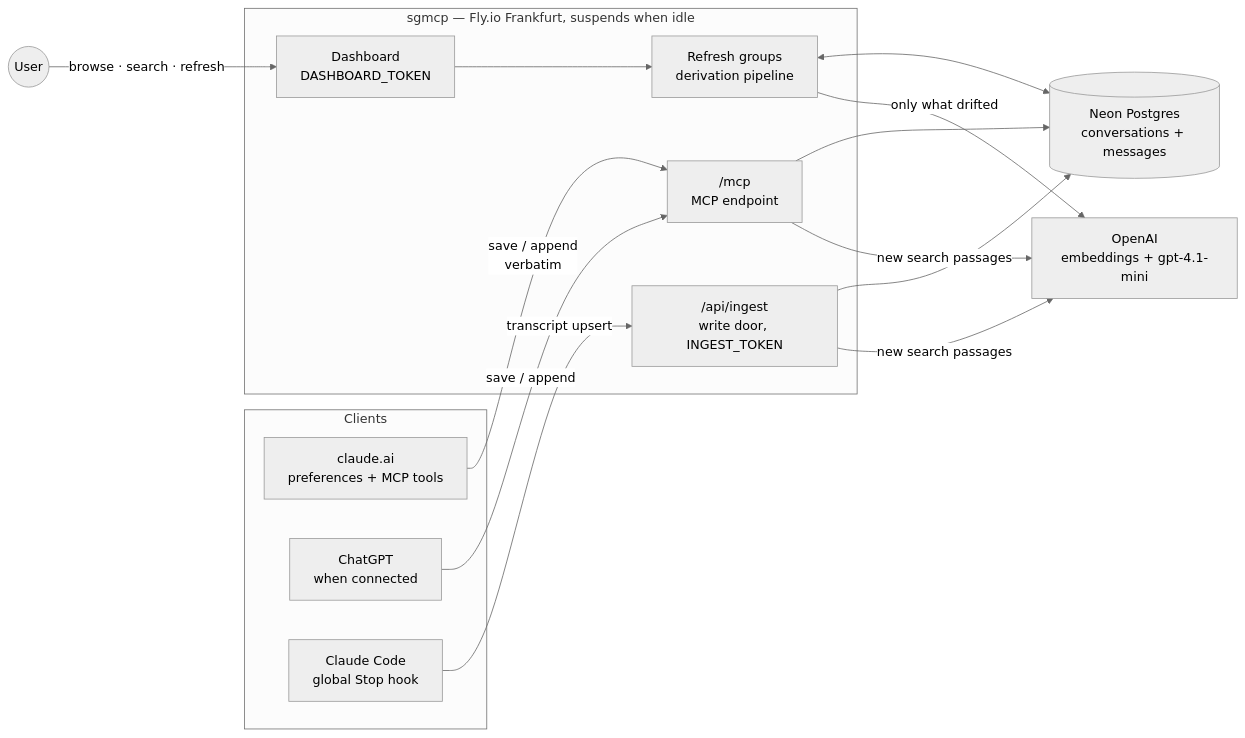
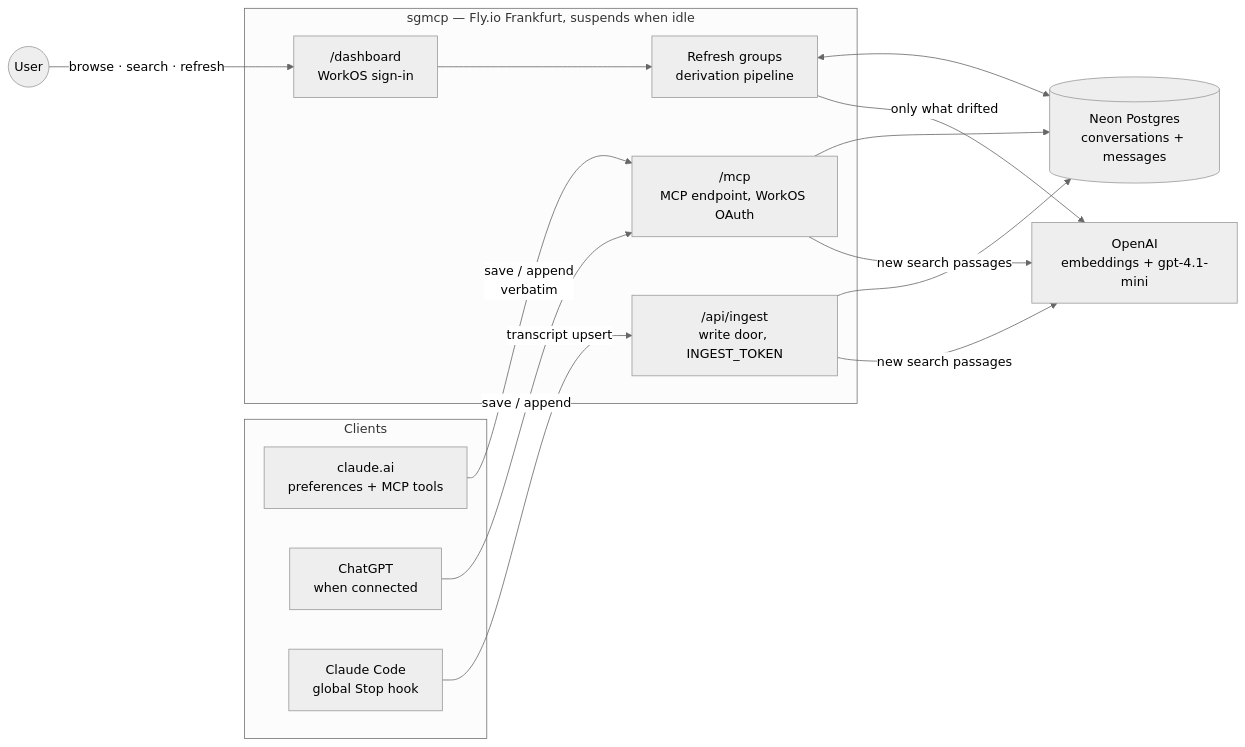
The first of 4 diagrams in ARCHITECTURE.md (seung-gu/sgmcp), drawn with Mermaid (neutral theme) before and after one commit. The commit also changed other lines of this file and 4 other files, not shown here.

````diff
--- a/ARCHITECTURE.md
+++ b/ARCHITECTURE.md
@@ -9,31 +9,31 @@
 ```mermaid
 graph LR
     subgraph clients [Clients]
         A["claude.ai<br/>preferences + MCP tools"]
         C["ChatGPT<br/>when connected"]
         B["Claude Code<br/>global Stop hook"]
     end
 
     subgraph sgmcp["sgmcp — Fly.io Frankfurt, suspends when idle"]
-        M["/mcp<br/>MCP endpoint"]
+        M["/mcp<br/>MCP endpoint, WorkOS OAuth"]
         I["/api/ingest<br/>write door, INGEST_TOKEN"]
-        D["Dashboard<br/>DASHBOARD_TOKEN"]
+        D["/dashboard<br/>WorkOS sign-in"]
         R["Refresh groups<br/>derivation pipeline"]
     end
 
     DB[("Neon Postgres<br/>conversations + messages")]
     O["OpenAI<br/>embeddings + gpt-4.1-mini"]
     U((User))
 
     A -- "save / append<br/>verbatim" --> M
     C -- "save / append" --> M
     B -- "transcript upsert" --> I
     M --> DB
     I --> DB
     U -- "browse · search · refresh" --> D
     D --> R
     R <--> DB
     R -- "only what drifted" --> O
     M -- "new search passages" --> O
     I -- "new search passages" --> O
 ```
````
